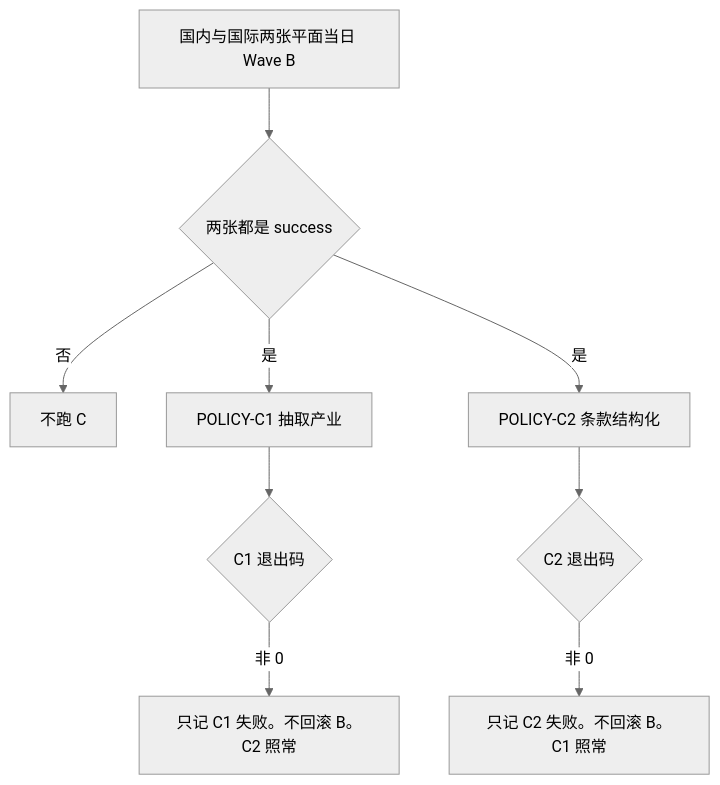
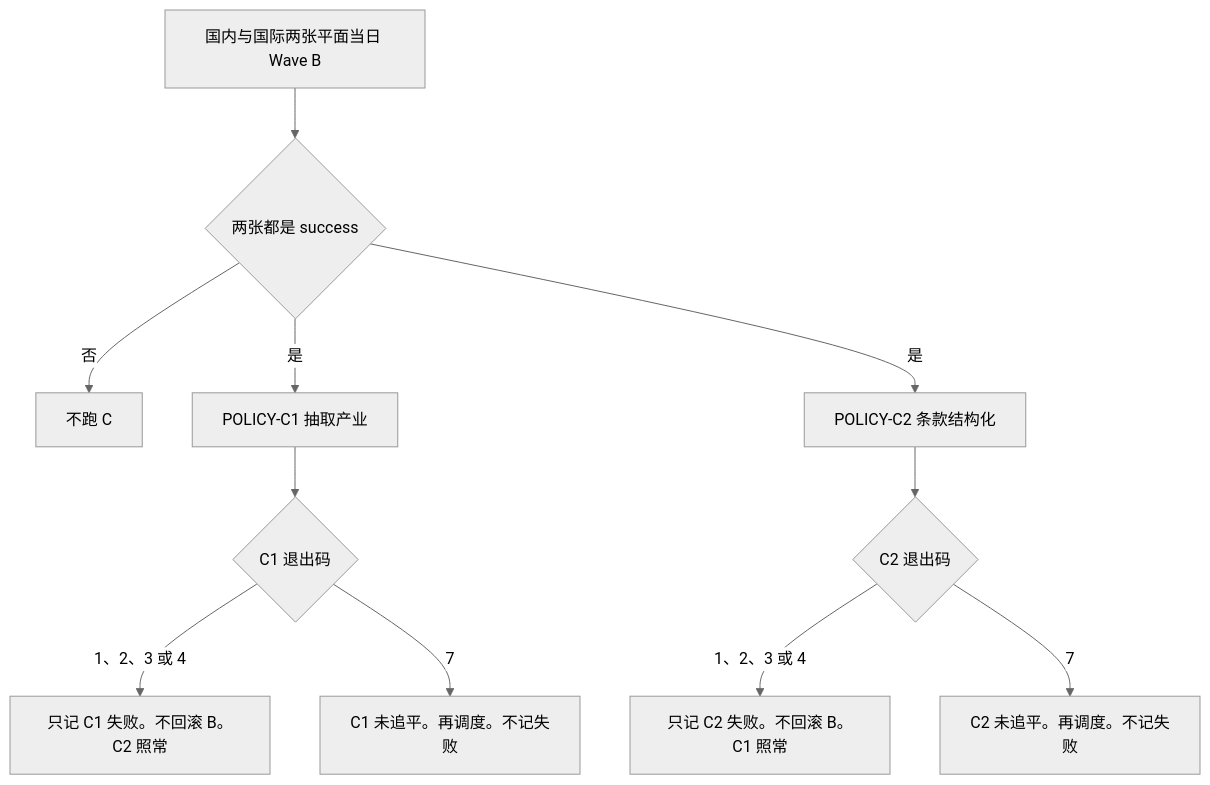
Before and after one commit to Marisolebxf/-: the first of 3 diagrams in agent-delivery/data/GDF/派单包/政策/GDF-POLICY-WORKPACK-v2/12-DWD后加工-抽取产业与条款结构化.md, drawn with Mermaid (neutral theme). The commit also changed other lines of this file and 17 other files, not shown here.

````diff
--- a/agent-delivery/data/GDF/派单包/政策/GDF-POLICY-WORKPACK-v2/12-DWD后加工-抽取产业与条款结构化.md
+++ b/agent-delivery/data/GDF/派单包/政策/GDF-POLICY-WORKPACK-v2/12-DWD后加工-抽取产业与条款结构化.md
@@ -40,11 +46,13 @@
 ```mermaid
 flowchart TD
   A[国内与国际两张平面当日 Wave B] --> B{两张都是 success}
   B -->|否| Z[不跑 C]
   B -->|是| C1[POLICY-C1 抽取产业]
   B -->|是| C2[POLICY-C2 条款结构化]
   C1 --> R1{C1 退出码}
   C2 --> R2{C2 退出码}
-  R1 -->|非 0| F1[只记 C1 失败。不回滚 B。C2 照常]
-  R2 -->|非 0| F2[只记 C2 失败。不回滚 B。C1 照常]
+  R1 -->|1、2、3 或 4| F1[只记 C1 失败。不回滚 B。C2 照常]
+  R1 -->|7| W1[C1 未追平。再调度。不记失败]
+  R2 -->|1、2、3 或 4| F2[只记 C2 失败。不回滚 B。C1 照常]
+  R2 -->|7| W2[C2 未追平。再调度。不记失败]
 ```
````
